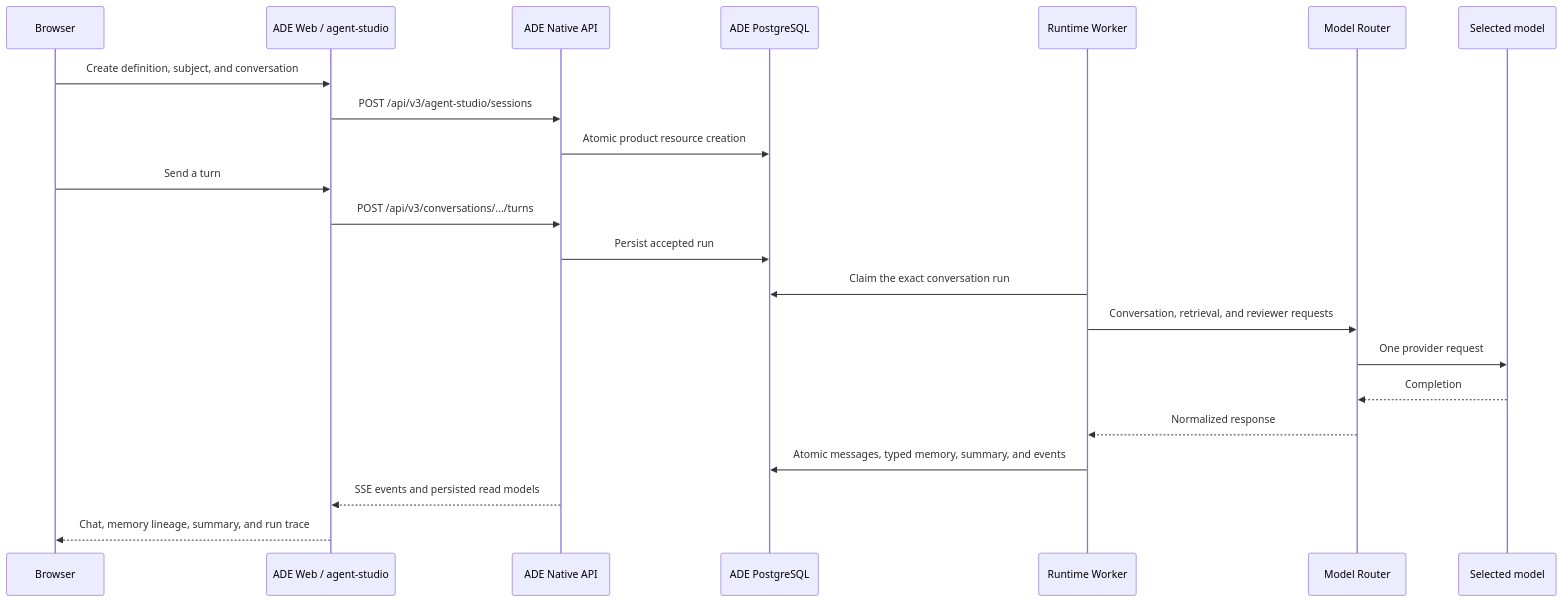
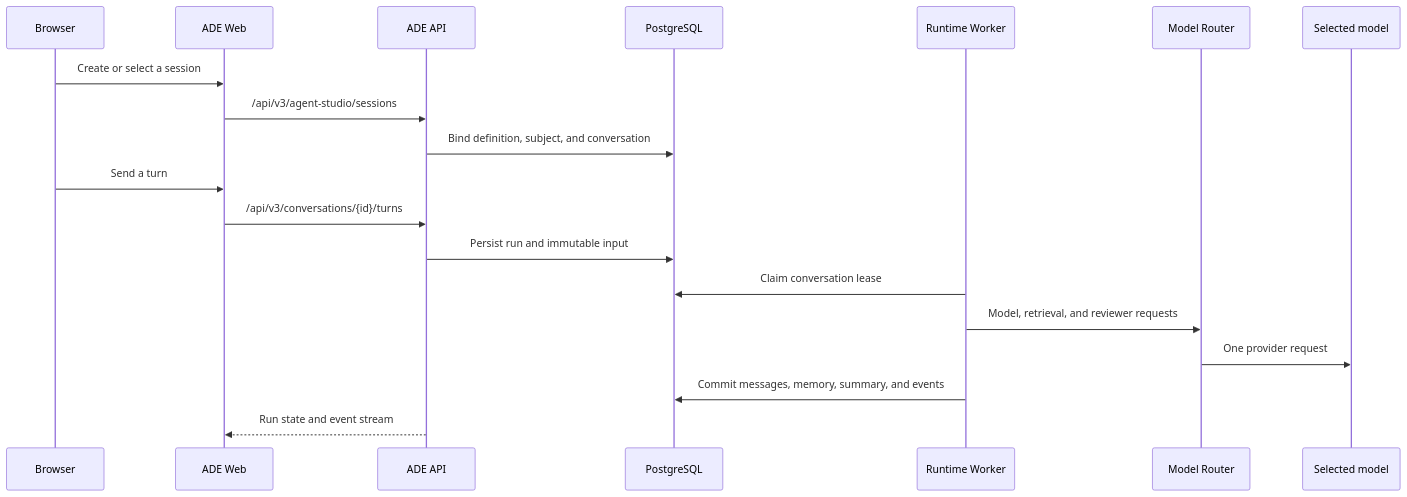
The second of 3 diagrams in docs/architecture/request-flows.md (Wenjun-Mao/Letta-Open-ADE), drawn with Mermaid before and after one commit. The commit also changed other lines of this file and 468 other files, not shown here.

Commit message:
refactor: consolidate ADE onto native runtime

````diff
--- a/docs/architecture/request-flows.md
+++ b/docs/architecture/request-flows.md
@@ -27,24 +21,21 @@
 ```mermaid
 sequenceDiagram
     participant B as Browser
-    participant W as ADE Web / agent-studio
-    participant N as ADE Native API
-    participant D as ADE PostgreSQL
+    participant W as ADE Web
+    participant A as ADE API
+    participant P as PostgreSQL
     participant K as Runtime Worker
     participant R as Model Router
     participant M as Selected model
-    B->>W: Create definition, subject, and conversation
-    W->>N: POST /api/v3/agent-studio/sessions
-    N->>D: Atomic product resource creation
+    B->>W: Create or select a session
+    W->>A: /api/v3/agent-studio/sessions
+    A->>P: Bind definition, subject, and conversation
     B->>W: Send a turn
-    W->>N: POST /api/v3/conversations/.../turns
-    N->>D: Persist accepted run
-    K->>D: Claim the exact conversation run
-    K->>R: Conversation, retrieval, and reviewer requests
+    W->>A: /api/v3/conversations/{id}/turns
+    A->>P: Persist run and immutable input
+    K->>P: Claim conversation lease
+    K->>R: Model, retrieval, and reviewer requests
     R->>M: One provider request
-    M-->>R: Completion
-    R-->>K: Normalized response
-    K->>D: Atomic messages, typed memory, summary, and events
-    N-->>W: SSE events and persisted read models
-    W-->>B: Chat, memory lineage, summary, and run trace
+    K->>P: Commit messages, memory, summary, and events
+    A-->>W: Run state and event stream
 ```
````
